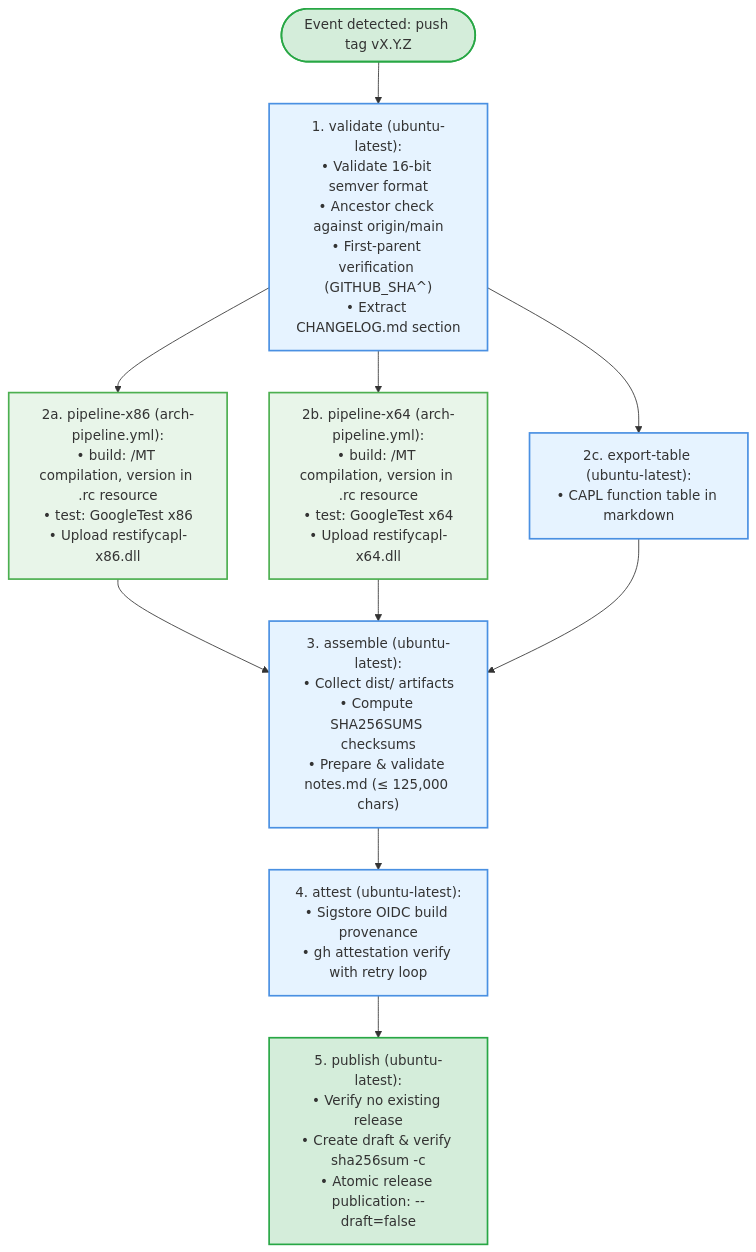
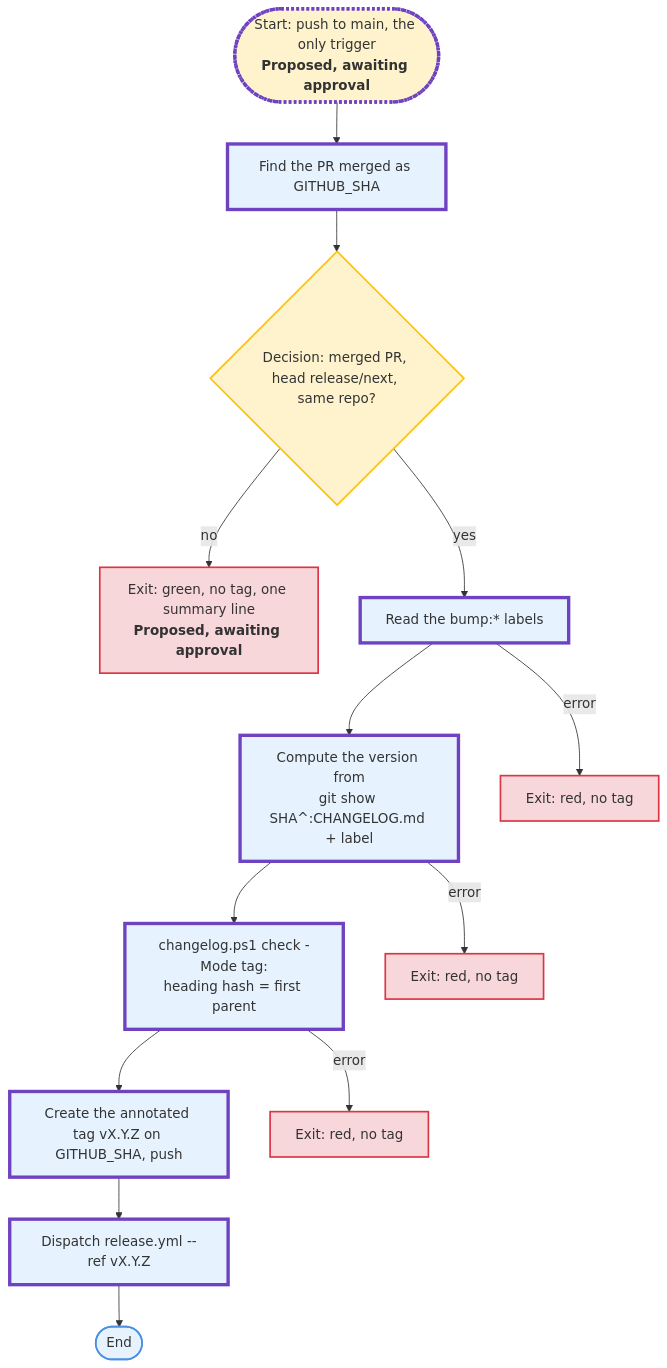
Before and after one commit to can-tools/restifycapl: the fourth of 4 diagrams in docs/ci-optimized-flow.md, drawn with Mermaid. The commit also changed other lines of this file and 5 other files, not shown here.

Commit message:
docs/ci-flow-target-state (#26)

````diff
--- a/docs/ci-optimized-flow.md
+++ b/docs/ci-optimized-flow.md
@@ -151,20 +277,35 @@
 ```mermaid
 flowchart TD
     classDef bot fill:#e6f3ff,stroke:#4a90e2,stroke-width:2px;
-    classDef auto fill:#d4edda,stroke:#28a745,stroke-width:2px;
-    classDef win fill:#e8f5e9,stroke:#4caf50,stroke-width:2px;
+    classDef decision fill:#fff3cd,stroke:#ffc107,stroke-width:2px;
+    classDef exit fill:#f8d7da,stroke:#dc3545,stroke-width:2px;
+    classDef new fill:#e6f3ff,stroke:#6f42c1,stroke-width:4px;
+    classDef proposed fill:#fff3cd,stroke:#6f42c1,stroke-width:4px,stroke-dasharray: 3 3;
 
-    TAG_EVT(["Event detected: push tag vX.Y.Z"]):::auto --> VAL["1. validate (ubuntu-latest):<br/>• Validate 16-bit semver format<br/>• Ancestor check against origin/main<br/>• First-parent verification (GITHUB_SHA^)<br/>• Extract CHANGELOG.md section"]:::bot
+    START(["Start: push to main, the only trigger<br/><b>Proposed, awaiting approval</b>"]):::proposed
+    FIND["Find the PR merged as GITHUB_SHA"]:::new
+    IS{"Decision: merged PR, head release/next, same repo?"}:::decision
+    NOOP["Exit: green, no tag, one summary line<br/><b>Proposed, awaiting approval</b>"]:::exit
+    LABELS["Read the bump:* labels"]:::new
+    VER["Compute the version from<br/>git show SHA^:CHANGELOG.md + label"]:::new
+    CHECK["changelog.ps1 check -Mode tag:<br/>heading hash = first parent"]:::new
+    TAG["Create the annotated tag vX.Y.Z on GITHUB_SHA, push"]:::new
+    DISP["Dispatch release.yml --ref vX.Y.Z"]:::new
+    ENDT(["End"]):::bot
+    FAIL1["Exit: red, no tag"]:::exit
+    FAIL2["Exit: red, no tag"]:::exit
+    FAIL3["Exit: red, no tag"]:::exit
 
-    VAL --> RX86["2a. pipeline-x86 (arch-pipeline.yml):<br/>• build: /MT compilation, version in .rc resource<br/>• test: GoogleTest x86<br/>• Upload restifycapl-x86.dll"]:::win
-    VAL --> RX64["2b. pipeline-x64 (arch-pipeline.yml):<br/>• build: /MT compilation, version in .rc resource<br/>• test: GoogleTest x64<br/>• Upload restifycapl-x64.dll"]:::win
-    VAL --> REXP["2c. export-table (ubuntu-latest):<br/>• CAPL function table in markdown"]:::bot
-
-    RX86 --> ASM["3. assemble (ubuntu-latest):<br/>• Collect dist/ artifacts<br/>• Compute SHA256SUMS checksums<br/>• Prepare & validate notes.md (&le; 125,000 chars)"]:::bot
-    RX64 --> ASM
-    REXP --> ASM
-
-    ASM --> ATT["4. attest (ubuntu-latest):<br/>• Sigstore OIDC build provenance<br/>• gh attestation verify with retry loop"]:::bot
-
-    ATT --> PUB["5. publish (ubuntu-latest):<br/>• Verify no existing release<br/>• Create draft & verify sha256sum -c<br/>• Atomic release publication: --draft=false"]:::auto
+    START --> FIND
+    FIND --> IS
+    IS -->|"no"| NOOP
+    IS -->|"yes"| LABELS
+    LABELS -->|"error"| FAIL1
+    LABELS --> VER
+    VER -->|"error"| FAIL2
+    VER --> CHECK
+    CHECK -->|"error"| FAIL3
+    CHECK --> TAG
+    TAG --> DISP
+    DISP --> ENDT
 ```
````
